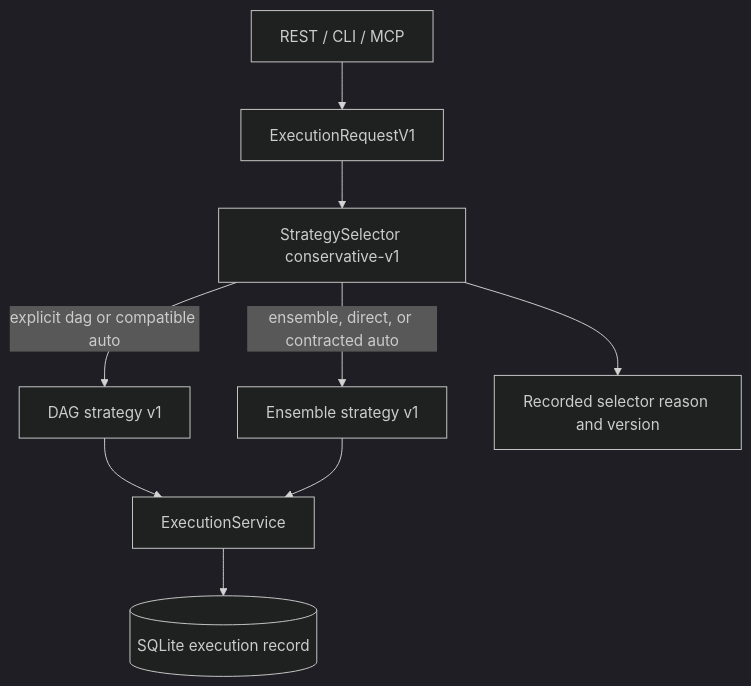
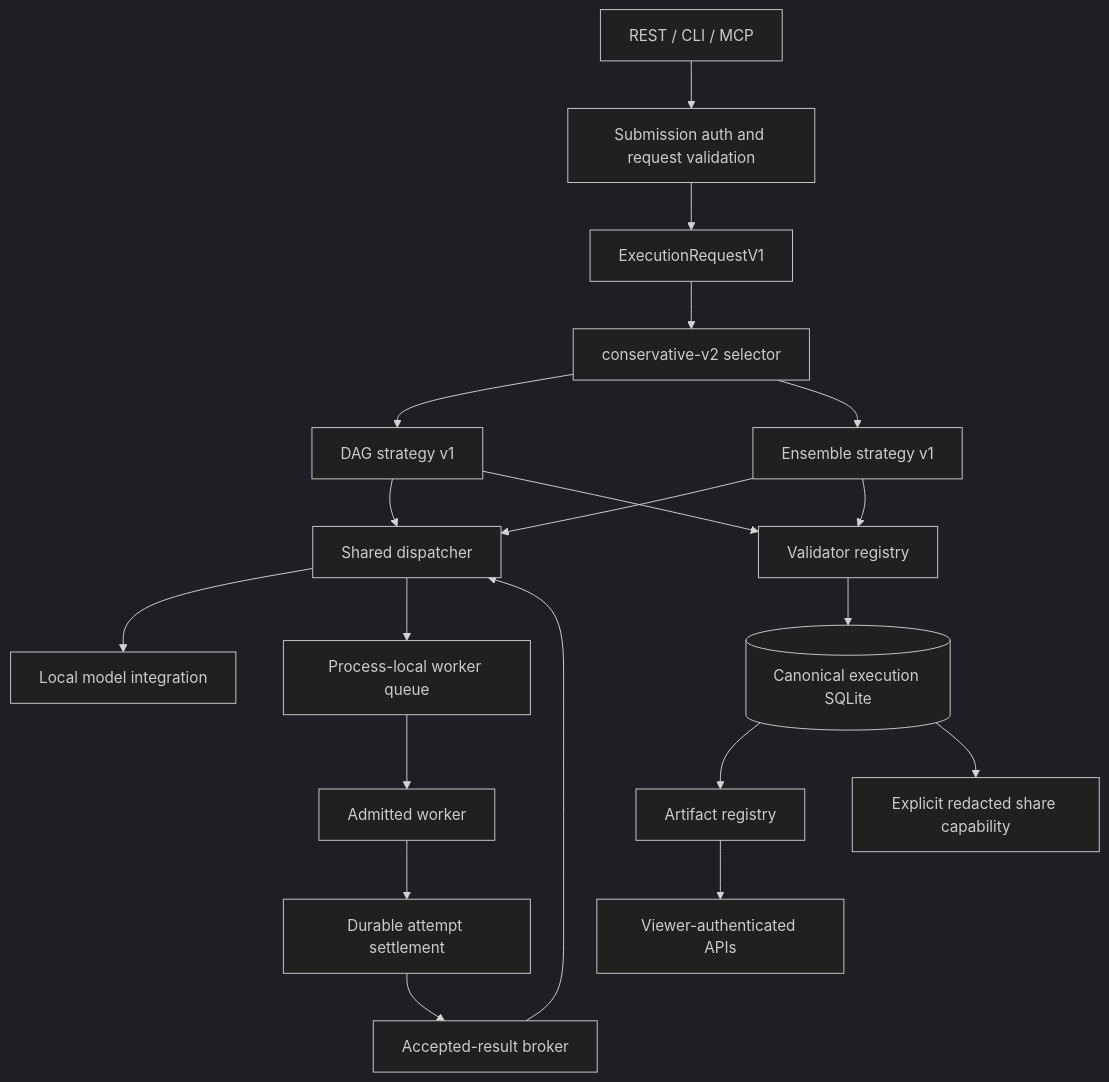
One commit to Jwrightsman/distributed-orchestrator changed the first of 9 diagrams in docs/ARCHITECTURE.md. Above: the diagram before and after it, drawn with Mermaid (dark theme). The commit also changed other lines of this file and 10 other files, not shown here.

````diff
--- a/docs/ARCHITECTURE.md
+++ b/docs/ARCHITECTURE.md
@@ -9,11 +10,22 @@
 ```mermaid
 flowchart TD
-    I[REST / CLI / MCP] --> R[ExecutionRequestV1]
-    R --> S[StrategySelector conservative-v1]
-    S -->|explicit dag or compatible auto| D[DAG strategy v1]
-    S -->|ensemble, direct, or contracted auto| E[Ensemble strategy v1]
-    S --> M[Recorded selector reason and version]
-    D --> X[ExecutionService]
+    C[REST / CLI / MCP] --> A[Submission auth and request validation]
+    A --> R[ExecutionRequestV1]
+    R --> S[conservative-v2 selector]
+    S --> D[DAG strategy v1]
+    S --> E[Ensemble strategy v1]
+    D --> X[Shared dispatcher]
     E --> X
-    X --> P[(SQLite execution record)]
+    X --> L[Local model integration]
+    X --> Q[Process-local worker queue]
+    Q --> W[Admitted worker]
+    W --> T[Durable attempt settlement]
+    T --> B[Accepted-result broker]
+    B --> X
+    D --> V[Validator registry]
+    E --> V
+    V --> P[(Canonical execution SQLite)]
+    P --> F[Artifact registry]
+    F --> G[Viewer-authenticated APIs]
+    P --> H[Explicit redacted share capability]
 ```
````
